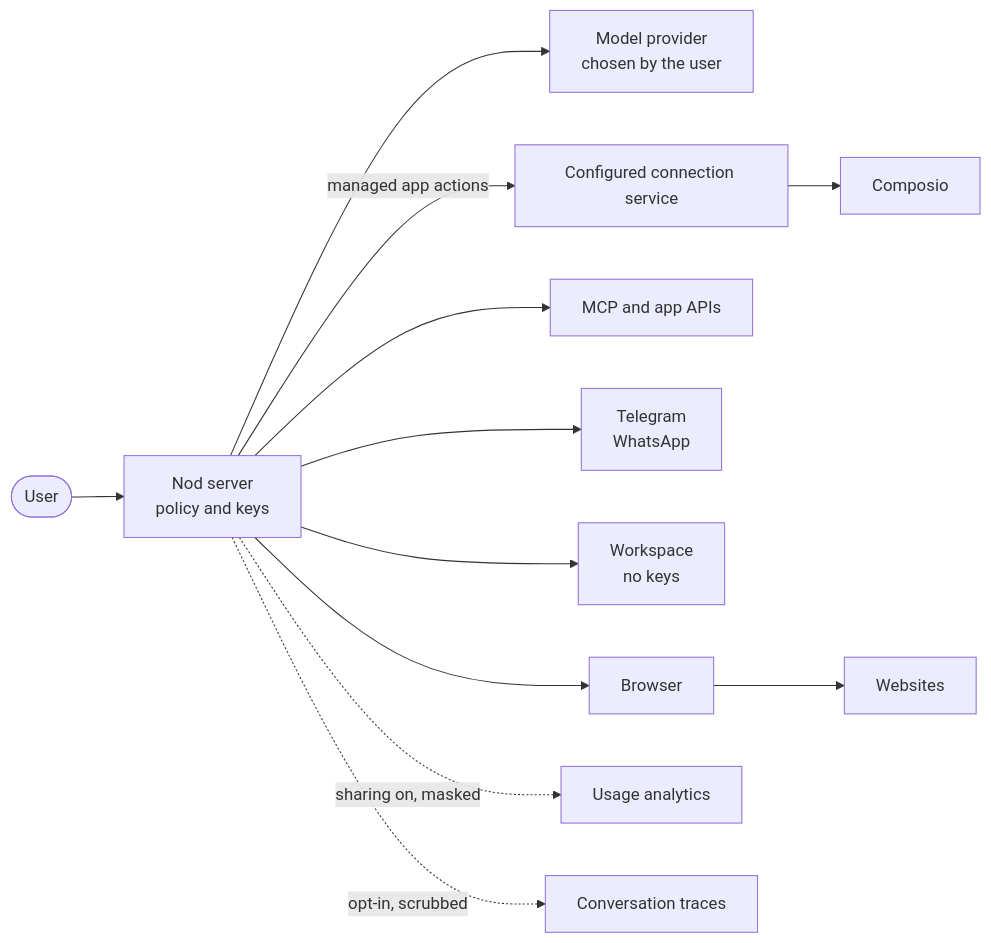
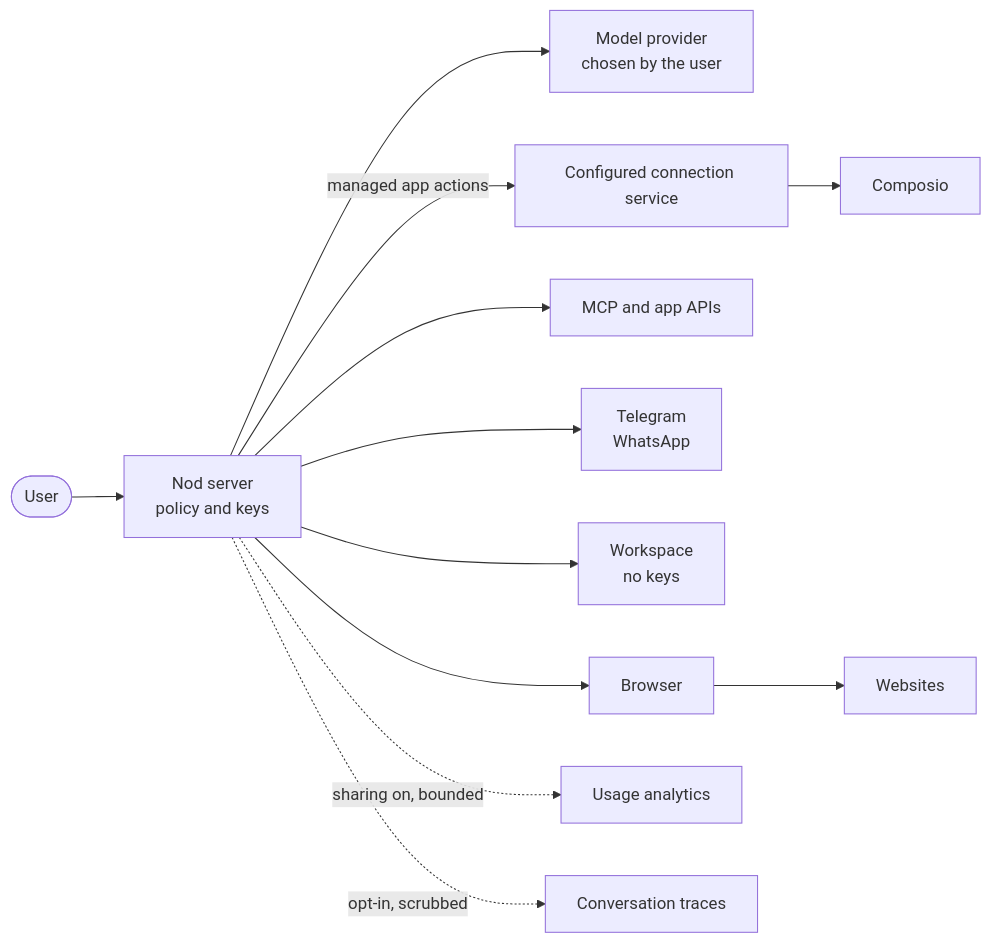
The diagram in docs/src/content/docs/trust/security-review.mdx (n8n-io/nod), drawn with Mermaid before and after one commit. The commit also changed other lines of this file and 31 other files, not shown here.

````diff
--- a/docs/src/content/docs/trust/security-review.mdx
+++ b/docs/src/content/docs/trust/security-review.mdx
@@ -24,13 +24,13 @@
 ```mermaid
 flowchart LR
   user([User]):::accent --> server[Nod server<br/>policy and keys]
   server --> model[Model provider<br/>chosen by the user]
   server -- managed app actions --> managed["Configured connection service"]
   managed --> composio[Composio]
   server --> apps[MCP and app APIs]
   server --> chat[Telegram<br/>WhatsApp]
   server --> box[Workspace<br/>no keys]:::muted
   server --> browser[Browser]:::muted --> sites[Websites]
-  server -. sharing on, masked .-> analytics[Usage analytics]:::muted
+  server -. sharing on, bounded .-> analytics[Usage analytics]:::muted
   server -. opt-in, scrubbed .-> traces[Conversation traces]:::muted
 ```
````
